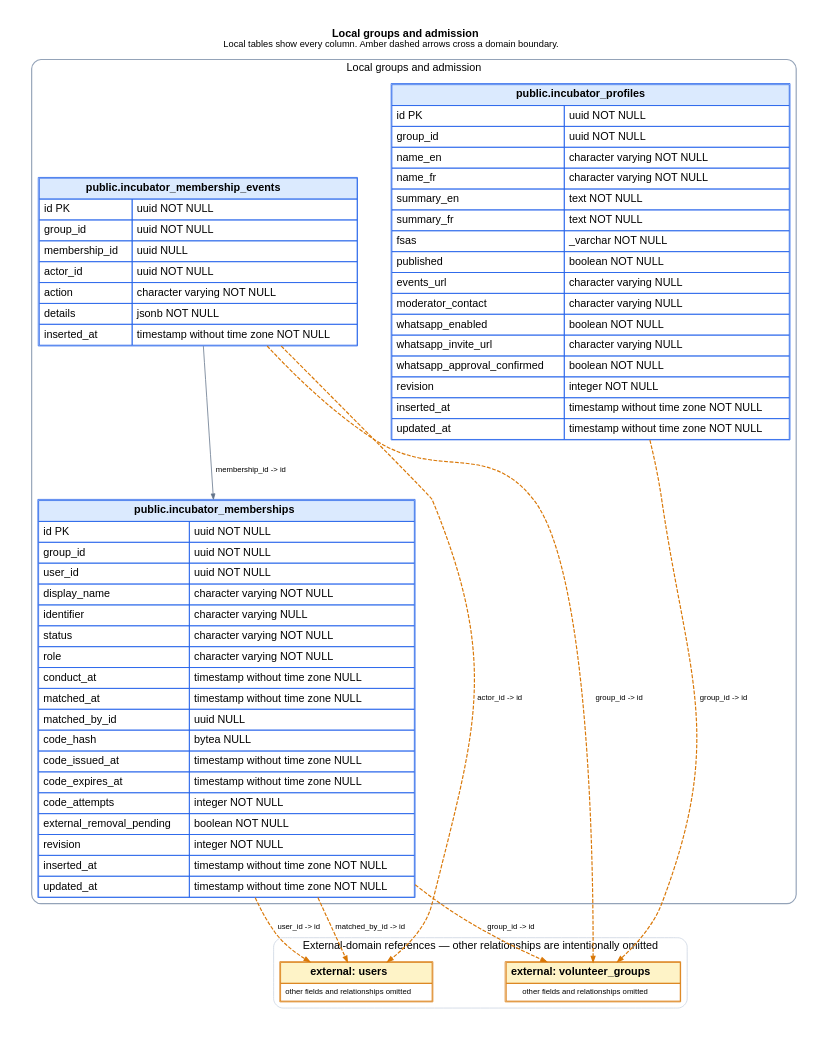
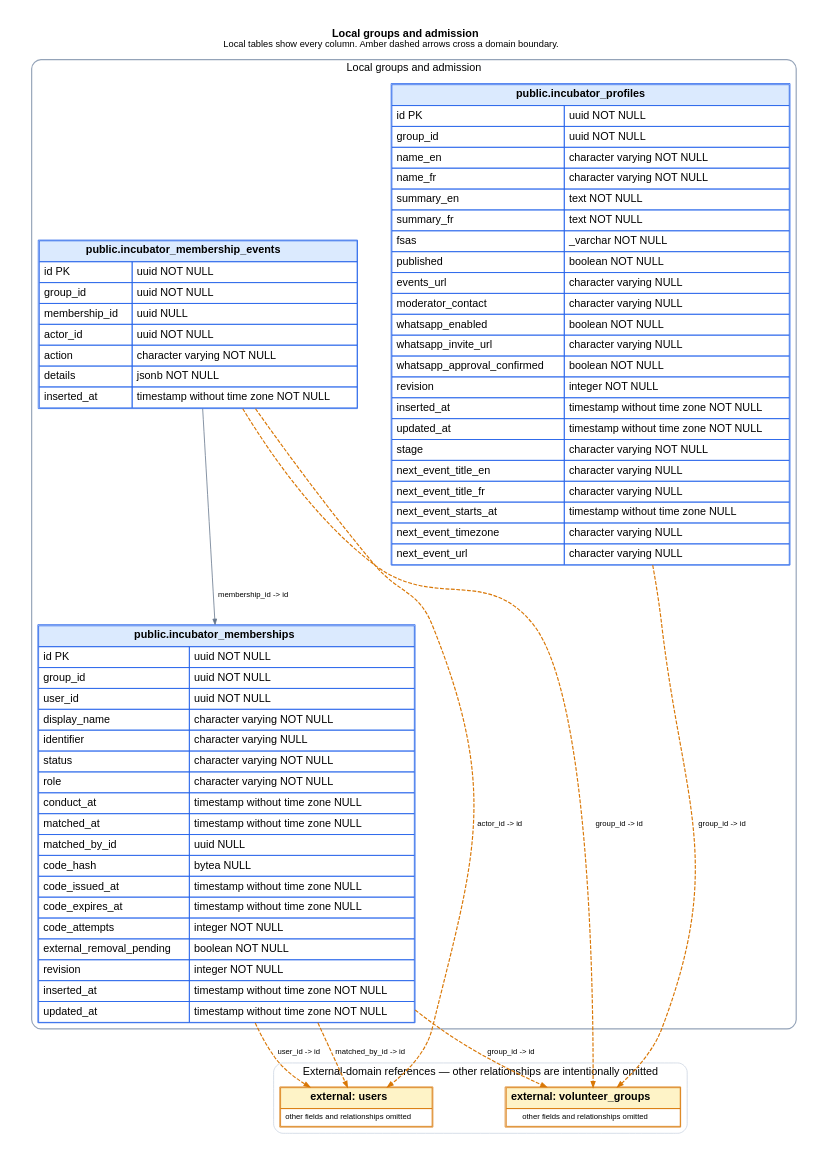
Before and after one commit to ogourment/pauseai.ca-website: the diagram in docs/schema/domains/incubator_admission.dot, drawn with Graphviz. The commit also changed 15 other files, not shown here.

```diff
--- a/docs/schema/domains/incubator_admission.dot
+++ b/docs/schema/domains/incubator_admission.dot
@@ -1,64 +1,64 @@
 digraph incubator_admission {
   graph [rankdir=TB, bgcolor="white", pad=0.35, nodesep=0.6, ranksep=0.9, fontname="Helvetica"];
   node [shape=plain, fontname="Helvetica"];
   edge [fontname="Helvetica", fontsize=10, arrowsize=0.7];
   labelloc="t";
   label=< <B>Local groups and admission</B><BR/><FONT POINT-SIZE="12">Local tables show every column. Amber dashed arrows cross a domain boundary.</FONT> >;
 
   subgraph cluster_local {
     label="Local groups and admission";
     color="#94a3b8";
     penwidth=1.5;
     style="rounded";
   "incubator_profiles" [label=<
     <TABLE BORDER="1" CELLBORDER="1" CELLSPACING="0" CELLPADDING="5" COLOR="#2563eb">
       <TR><TD BGCOLOR="#dbeafe" COLSPAN="2"><B>public.incubator_profiles</B></TD></TR>
-      <TR><TD ALIGN="LEFT">id PK</TD><TD ALIGN="LEFT">uuid NOT NULL</TD></TR><TR><TD ALIGN="LEFT">group_id</TD><TD ALIGN="LEFT">uuid NOT NULL</TD></TR><TR><TD ALIGN="LEFT">name_en</TD><TD ALIGN="LEFT">character varying NOT NULL</TD></TR><TR><TD ALIGN="LEFT">name_fr</TD><TD ALIGN="LEFT">character varying NOT NULL</TD></TR><TR><TD ALIGN="LEFT">summary_en</TD><TD ALIGN="LEFT">text NOT NULL</TD></TR><TR><TD ALIGN="LEFT">summary_fr</TD><TD ALIGN="LEFT">text NOT NULL</TD></TR><TR><TD ALIGN="LEFT">fsas</TD><TD ALIGN="LEFT">_varchar NOT NULL</TD></TR><TR><TD ALIGN="LEFT">published</TD><TD ALIGN="LEFT">boolean NOT NULL</TD></TR><TR><TD ALIGN="LEFT">events_url</TD><TD ALIGN="LEFT">character varying NULL</TD></TR><TR><TD ALIGN="LEFT">moderator_contact</TD><TD ALIGN="LEFT">character varying NULL</TD></TR><TR><TD ALIGN="LEFT">whatsapp_enabled</TD><TD ALIGN="LEFT">boolean NOT NULL</TD></TR><TR><TD ALIGN="LEFT">whatsapp_invite_url</TD><TD ALIGN="LEFT">character varying NULL</TD></TR><TR><TD ALIGN="LEFT">whatsapp_approval_confirmed</TD><TD ALIGN="LEFT">boolean NOT NULL</TD></TR><TR><TD ALIGN="LEFT">revision</TD><TD ALIGN="LEFT">integer NOT NULL</TD></TR><TR><TD ALIGN="LEFT">inserted_at</TD><TD ALIGN="LEFT">timestamp without time zone NOT NULL</TD></TR><TR><TD ALIGN="LEFT">updated_at</TD><TD ALIGN="LEFT">timestamp without time zone NOT NULL</TD></TR>
+      <TR><TD ALIGN="LEFT">id PK</TD><TD ALIGN="LEFT">uuid NOT NULL</TD></TR><TR><TD ALIGN="LEFT">group_id</TD><TD ALIGN="LEFT">uuid NOT NULL</TD></TR><TR><TD ALIGN="LEFT">name_en</TD><TD ALIGN="LEFT">character varying NOT NULL</TD></TR><TR><TD ALIGN="LEFT">name_fr</TD><TD ALIGN="LEFT">character varying NOT NULL</TD></TR><TR><TD ALIGN="LEFT">summary_en</TD><TD ALIGN="LEFT">text NOT NULL</TD></TR><TR><TD ALIGN="LEFT">summary_fr</TD><TD ALIGN="LEFT">text NOT NULL</TD></TR><TR><TD ALIGN="LEFT">fsas</TD><TD ALIGN="LEFT">_varchar NOT NULL</TD></TR><TR><TD ALIGN="LEFT">published</TD><TD ALIGN="LEFT">boolean NOT NULL</TD></TR><TR><TD ALIGN="LEFT">events_url</TD><TD ALIGN="LEFT">character varying NULL</TD></TR><TR><TD ALIGN="LEFT">moderator_contact</TD><TD ALIGN="LEFT">character varying NULL</TD></TR><TR><TD ALIGN="LEFT">whatsapp_enabled</TD><TD ALIGN="LEFT">boolean NOT NULL</TD></TR><TR><TD ALIGN="LEFT">whatsapp_invite_url</TD><TD ALIGN="LEFT">character varying NULL</TD></TR><TR><TD ALIGN="LEFT">whatsapp_approval_confirmed</TD><TD ALIGN="LEFT">boolean NOT NULL</TD></TR><TR><TD ALIGN="LEFT">revision</TD><TD ALIGN="LEFT">integer NOT NULL</TD></TR><TR><TD ALIGN="LEFT">inserted_at</TD><TD ALIGN="LEFT">timestamp without time zone NOT NULL</TD></TR><TR><TD ALIGN="LEFT">updated_at</TD><TD ALIGN="LEFT">timestamp without time zone NOT NULL</TD></TR><TR><TD ALIGN="LEFT">stage</TD><TD ALIGN="LEFT">character varying NOT NULL</TD></TR><TR><TD ALIGN="LEFT">next_event_title_en</TD><TD ALIGN="LEFT">character varying NULL</TD></TR><TR><TD ALIGN="LEFT">next_event_title_fr</TD><TD ALIGN="LEFT">character varying NULL</TD></TR><TR><TD ALIGN="LEFT">next_event_starts_at</TD><TD ALIGN="LEFT">timestamp without time zone NULL</TD></TR><TR><TD ALIGN="LEFT">next_event_timezone</TD><TD ALIGN="LEFT">character varying NULL</TD></TR><TR><TD ALIGN="LEFT">next_event_url</TD><TD ALIGN="LEFT">character varying NULL</TD></TR>
     </TABLE>
   >];
 
   "incubator_memberships" [label=<
     <TABLE BORDER="1" CELLBORDER="1" CELLSPACING="0" CELLPADDING="5" COLOR="#2563eb">
       <TR><TD BGCOLOR="#dbeafe" COLSPAN="2"><B>public.incubator_memberships</B></TD></TR>
       <TR><TD ALIGN="LEFT">id PK</TD><TD ALIGN="LEFT">uuid NOT NULL</TD></TR><TR><TD ALIGN="LEFT">group_id</TD><TD ALIGN="LEFT">uuid NOT NULL</TD></TR><TR><TD ALIGN="LEFT">user_id</TD><TD ALIGN="LEFT">uuid NOT NULL</TD></TR><TR><TD ALIGN="LEFT">display_name</TD><TD ALIGN="LEFT">character varying NOT NULL</TD></TR><TR><TD ALIGN="LEFT">identifier</TD><TD ALIGN="LEFT">character varying NULL</TD></TR><TR><TD ALIGN="LEFT">status</TD><TD ALIGN="LEFT">character varying NOT NULL</TD></TR><TR><TD ALIGN="LEFT">role</TD><TD ALIGN="LEFT">character varying NOT NULL</TD></TR><TR><TD ALIGN="LEFT">conduct_at</TD><TD ALIGN="LEFT">timestamp without time zone NULL</TD></TR><TR><TD ALIGN="LEFT">matched_at</TD><TD ALIGN="LEFT">timestamp without time zone NULL</TD></TR><TR><TD ALIGN="LEFT">matched_by_id</TD><TD ALIGN="LEFT">uuid NULL</TD></TR><TR><TD ALIGN="LEFT">code_hash</TD><TD ALIGN="LEFT">bytea NULL</TD></TR><TR><TD ALIGN="LEFT">code_issued_at</TD><TD ALIGN="LEFT">timestamp without time zone NULL</TD></TR><TR><TD ALIGN="LEFT">code_expires_at</TD><TD ALIGN="LEFT">timestamp without time zone NULL</TD></TR><TR><TD ALIGN="LEFT">code_attempts</TD><TD ALIGN="LEFT">integer NOT NULL</TD></TR><TR><TD ALIGN="LEFT">external_removal_pending</TD><TD ALIGN="LEFT">boolean NOT NULL</TD></TR><TR><TD ALIGN="LEFT">revision</TD><TD ALIGN="LEFT">integer NOT NULL</TD></TR><TR><TD ALIGN="LEFT">inserted_at</TD><TD ALIGN="LEFT">timestamp without time zone NOT NULL</TD></TR><TR><TD ALIGN="LEFT">updated_at</TD><TD ALIGN="LEFT">timestamp without time zone NOT NULL</TD></TR>
     </TABLE>
   >];
 
   "incubator_membership_events" [label=<
     <TABLE BORDER="1" CELLBORDER="1" CELLSPACING="0" CELLPADDING="5" COLOR="#2563eb">
       <TR><TD BGCOLOR="#dbeafe" COLSPAN="2"><B>public.incubator_membership_events</B></TD></TR>
       <TR><TD ALIGN="LEFT">id PK</TD><TD ALIGN="LEFT">uuid NOT NULL</TD></TR><TR><TD ALIGN="LEFT">group_id</TD><TD ALIGN="LEFT">uuid NOT NULL</TD></TR><TR><TD ALIGN="LEFT">membership_id</TD><TD ALIGN="LEFT">uuid NULL</TD></TR><TR><TD ALIGN="LEFT">actor_id</TD><TD ALIGN="LEFT">uuid NOT NULL</TD></TR><TR><TD ALIGN="LEFT">action</TD><TD ALIGN="LEFT">character varying NOT NULL</TD></TR><TR><TD ALIGN="LEFT">details</TD><TD ALIGN="LEFT">jsonb NOT NULL</TD></TR><TR><TD ALIGN="LEFT">inserted_at</TD><TD ALIGN="LEFT">timestamp without time zone NOT NULL</TD></TR>
     </TABLE>
   >];
 
   }
 
   subgraph cluster_external {
     label="External-domain references — other relationships are intentionally omitted";
     color="#cbd5e1";
     penwidth=1;
     style="rounded";
   "users" [label=<
     <TABLE BORDER="1" CELLBORDER="1" CELLSPACING="0" CELLPADDING="5" COLOR="#d97706">
       <TR><TD BGCOLOR="#fef3c7"><B>external: users</B></TD></TR>
       <TR><TD><FONT POINT-SIZE="10">other fields and relationships omitted</FONT></TD></TR>
     </TABLE>
   >];
 
   "volunteer_groups" [label=<
     <TABLE BORDER="1" CELLBORDER="1" CELLSPACING="0" CELLPADDING="5" COLOR="#d97706">
       <TR><TD BGCOLOR="#fef3c7"><B>external: volunteer_groups</B></TD></TR>
       <TR><TD><FONT POINT-SIZE="10">other fields and relationships omitted</FONT></TD></TR>
     </TABLE>
   >];
 
   }
 
   "incubator_membership_events" -> "users" [label="actor_id -> id", color="#d97706", style="dashed", penwidth=1.5];
   "incubator_membership_events" -> "volunteer_groups" [label="group_id -> id", color="#d97706", style="dashed", penwidth=1.5];
   "incubator_membership_events" -> "incubator_memberships" [label="membership_id -> id", color="#64748b"];
   "incubator_memberships" -> "volunteer_groups" [label="group_id -> id", color="#d97706", style="dashed", penwidth=1.5];
   "incubator_memberships" -> "users" [label="matched_by_id -> id", color="#d97706", style="dashed", penwidth=1.5];
   "incubator_memberships" -> "users" [label="user_id -> id", color="#d97706", style="dashed", penwidth=1.5];
   "incubator_profiles" -> "volunteer_groups" [label="group_id -> id", color="#d97706", style="dashed", penwidth=1.5];
 }
```
